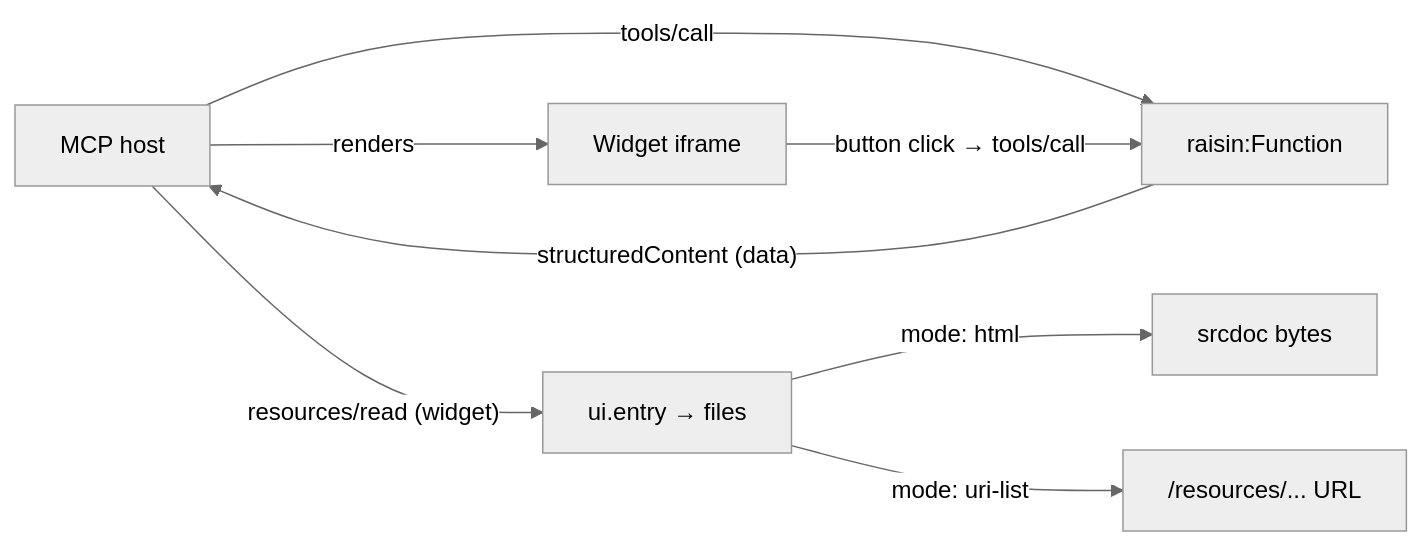
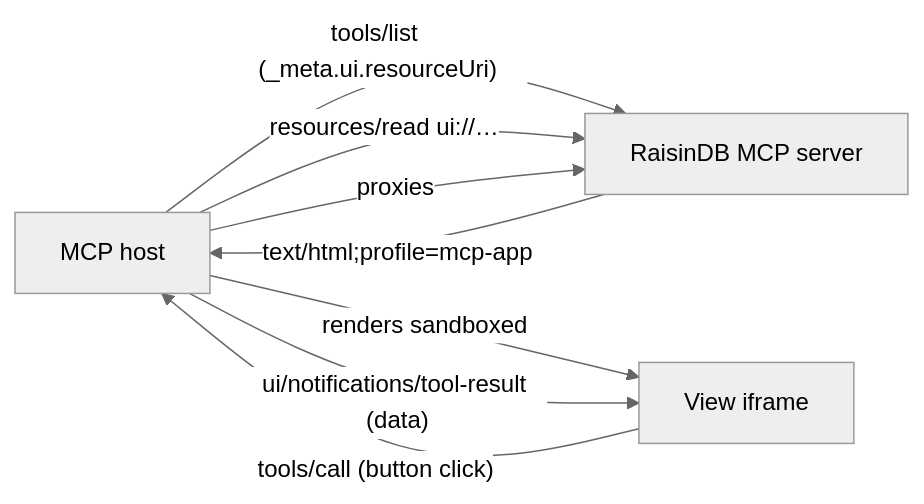
The diagram in docs/guides/mcp/interactive-widgets.md (maravilla-labs/raisindb-website), drawn with Mermaid (neutral theme) before and after one commit. The commit also changed other lines of this file and 4 other files, not shown here.

First line of the commit message:
docs(mcp): document MCP Apps interactive widgets and the mcp-ui-client view runtime

````diff
--- a/docs/guides/mcp/interactive-widgets.md
+++ b/docs/guides/mcp/interactive-widgets.md
@@ -13,10 +13,10 @@
 ```mermaid
 flowchart LR
-  A[MCP host] -- tools/call --> B[raisin:Function]
-  B -- structuredContent (data) --> A
-  A -- resources/read (widget) --> C["ui.entry → files"]
-  C -->|mode: html| D[srcdoc bytes]
-  C -->|mode: uri-list| E["/resources/... URL"]
-  A -- renders --> F[Widget iframe]
-  F -- button click → tools/call --> B
+  A[MCP host] -- "tools/list (_meta.ui.resourceUri)" --> S[RaisinDB MCP server]
+  A -- "resources/read ui://…" --> S
+  S -- "text/html;profile=mcp-app" --> A
+  A -- renders sandboxed --> V[View iframe]
+  A -- "ui/notifications/tool-result (data)" --> V
+  V -- "tools/call (button click)" --> A
+  A -- proxies --> S
 ```
````
